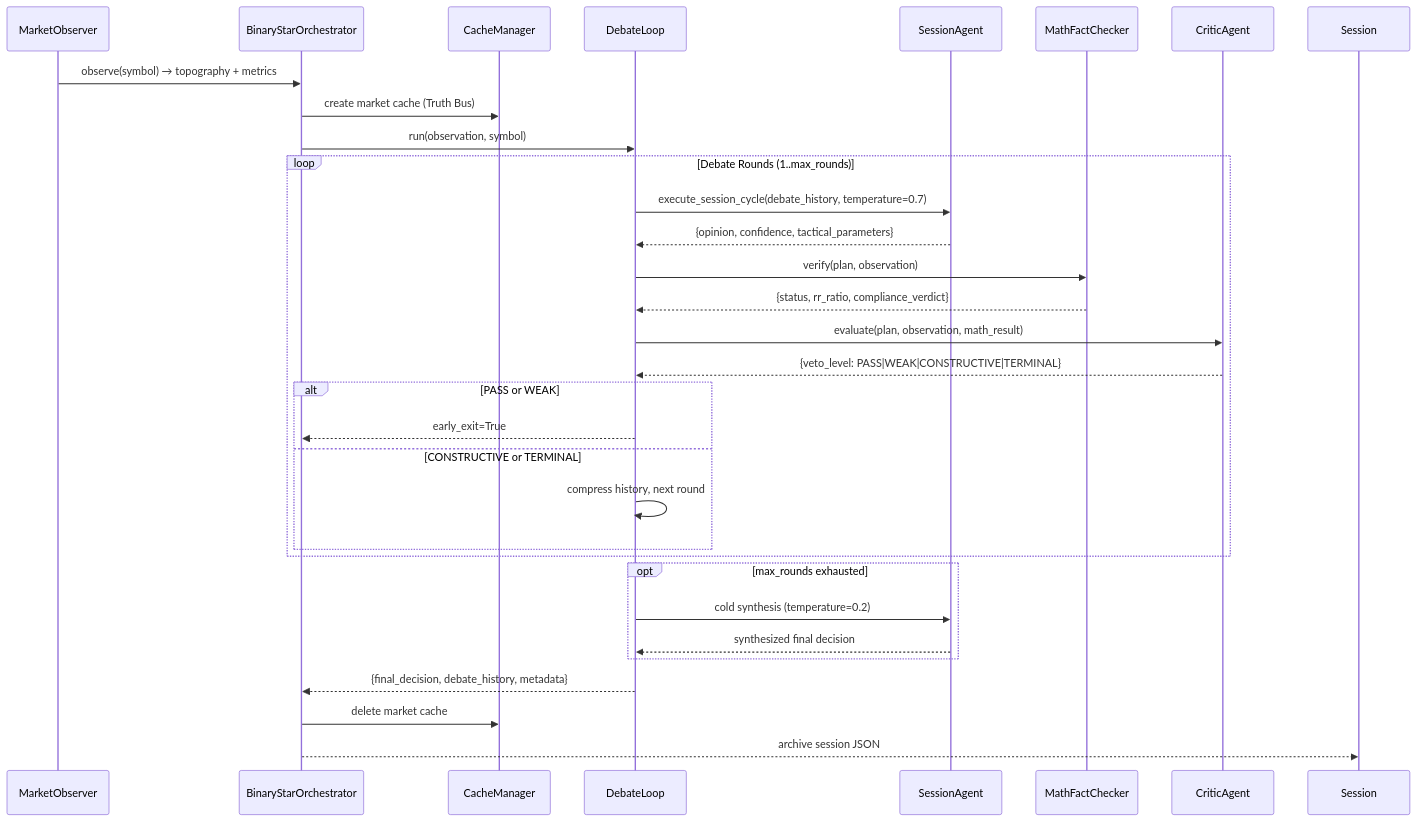
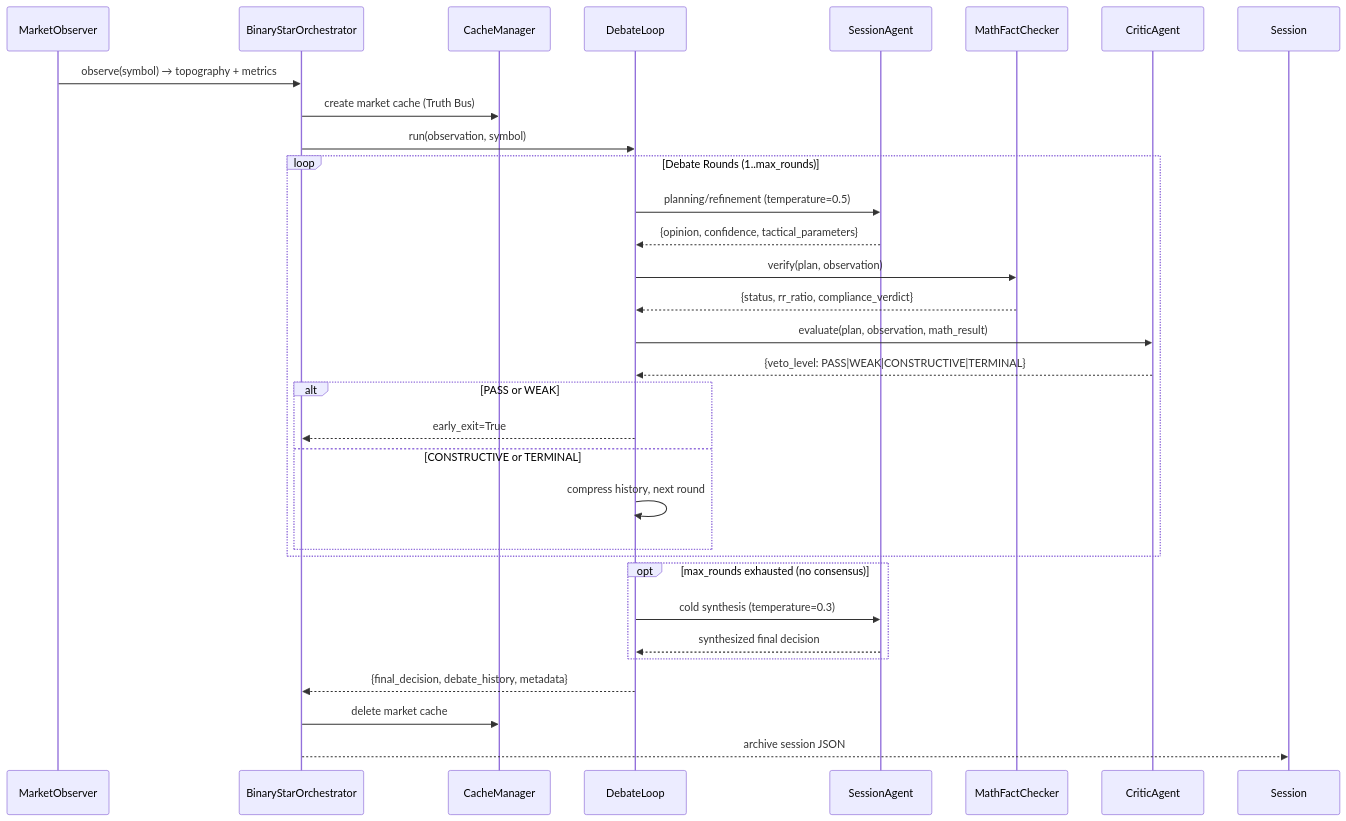
One commit to jiangyang5157/binary-star changed the second of 5 diagrams in README.md. Above: the diagram before and after it, drawn with Mermaid. The commit also changed other lines of this file, not shown here.

````diff
--- a/README.md
+++ b/README.md
@@ -106,37 +117,37 @@
 ```mermaid
 sequenceDiagram
     participant MO as MarketObserver
     participant BSO as BinaryStarOrchestrator
     participant CM as CacheManager
     participant DL as DebateLoop
     participant SA as SessionAgent
     participant MFC as MathFactChecker
     participant CA as CriticAgent
 
     MO->>BSO: observe(symbol) → topography + metrics
     BSO->>CM: create market cache (Truth Bus)
     BSO->>DL: run(observation, symbol)
 
     loop Debate Rounds (1..max_rounds)
-        DL->>SA: execute_session_cycle(debate_history, temperature=0.7)
+        DL->>SA: planning/refinement (temperature=0.5)
         SA-->>DL: {opinion, confidence, tactical_parameters}
         DL->>MFC: verify(plan, observation)
         MFC-->>DL: {status, rr_ratio, compliance_verdict}
         DL->>CA: evaluate(plan, observation, math_result)
         CA-->>DL: {veto_level: PASS|WEAK|CONSTRUCTIVE|TERMINAL}
         alt PASS or WEAK
             DL-->>BSO: early_exit=True
         else CONSTRUCTIVE or TERMINAL
             DL->>DL: compress history, next round
         end
     end
 
-    opt max_rounds exhausted
-        DL->>SA: cold synthesis (temperature=0.2)
+    opt max_rounds exhausted (no consensus)
+        DL->>SA: cold synthesis (temperature=0.3)
         SA-->>DL: synthesized final decision
     end
 
     DL-->>BSO: {final_decision, debate_history, metadata}
     BSO->>CM: delete market cache
     BSO-->>Session: archive session JSON
 ```
````
